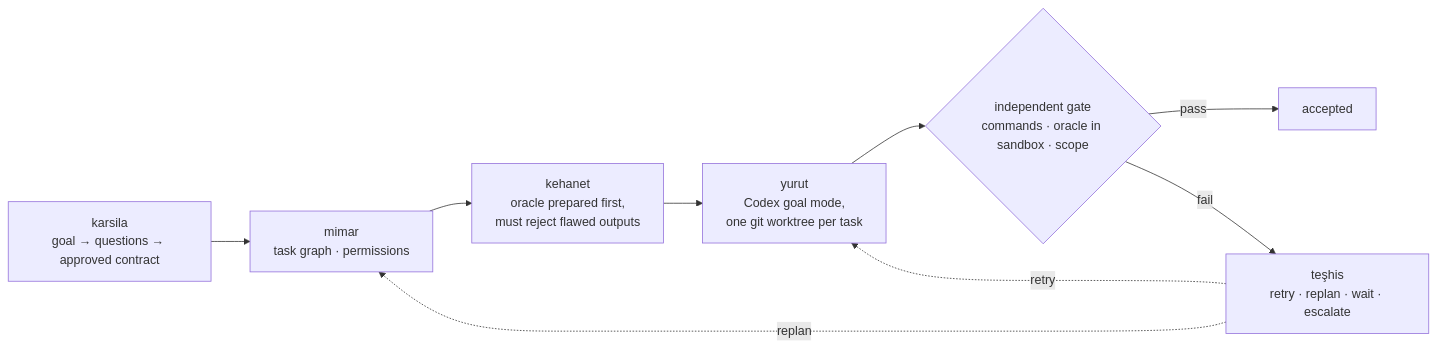
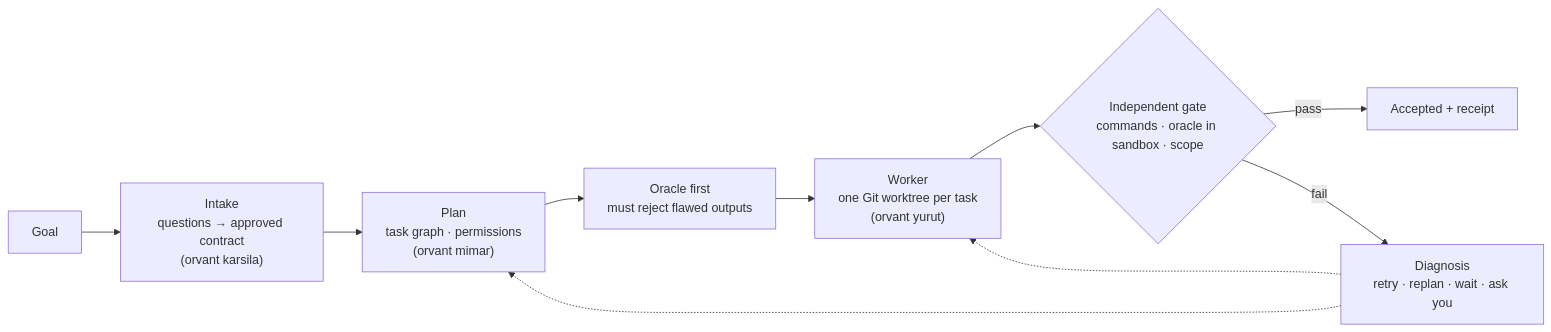
Before and after one commit to fornhere/orvant: the diagram in README.md, drawn with Mermaid. The commit also changed other lines of this file, not shown here.

````diff
--- a/README.md
+++ b/README.md
@@ -27,11 +39,12 @@
 ```mermaid
 flowchart LR
-    K["karsila<br/>goal → questions → approved contract"] --> M["mimar<br/>task graph · permissions"]
-    M --> O["kehanet<br/>oracle prepared first,<br/>must reject flawed outputs"]
-    O --> Y["yurut<br/>Codex goal mode,<br/>one git worktree per task"]
-    Y --> G{"independent gate<br/>commands · oracle in sandbox · scope"}
-    G -- pass --> A["accepted"]
-    G -- fail --> T["teşhis<br/>retry · replan · wait · escalate"]
-    T -. retry .-> Y
-    T -. replan .-> M
+  G["Goal"] --> I["Intake<br/>questions → approved contract<br/>(orvant karsila)"]
+  I --> P["Plan<br/>task graph · permissions<br/>(orvant mimar)"]
+  P --> O["Oracle first<br/>must reject flawed outputs"]
+  O --> W["Worker<br/>one Git worktree per task<br/>(orvant yurut)"]
+  W --> GA{"Independent gate<br/>commands · oracle in sandbox · scope"}
+  GA -- pass --> A["Accepted + receipt"]
+  GA -- fail --> D["Diagnosis<br/>retry · replan · wait · ask you"]
+  D -.-> W
+  D -.-> P
 ```
````
